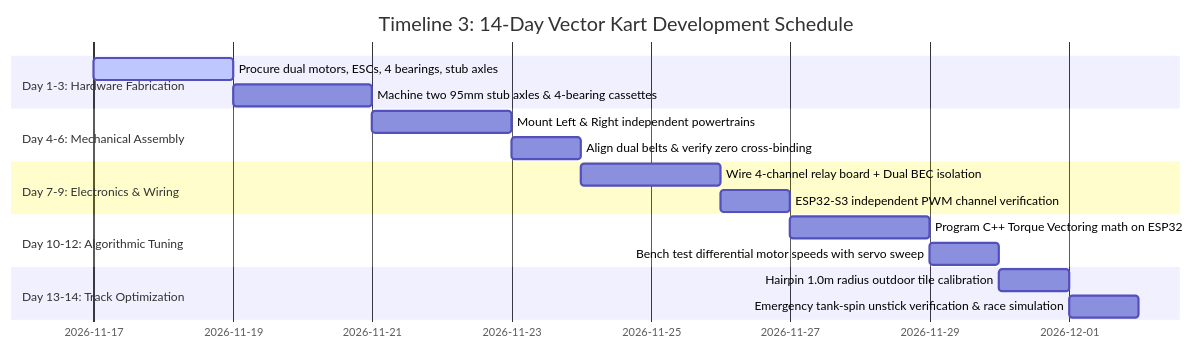
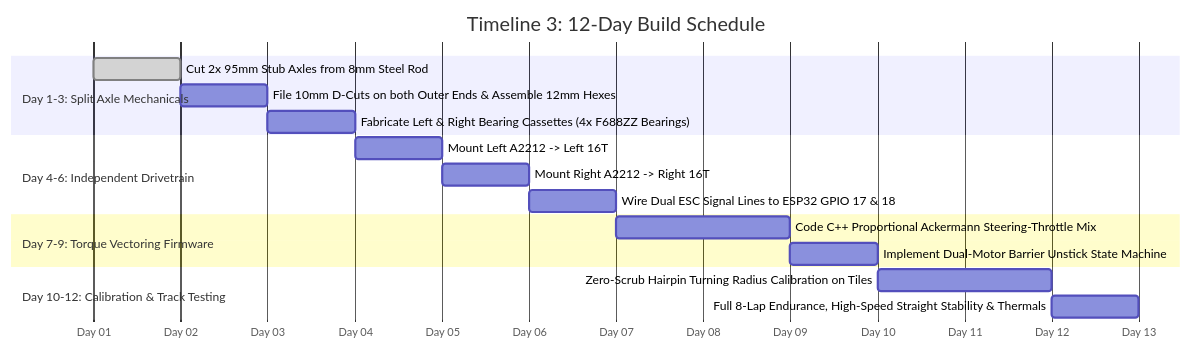
Before and after one commit to Biswa717-sudo/rc-race-kart-team-oorja: the diagram in docs/TIMELINE_3_VECTOR_KART.md, drawn with Mermaid. The commit also changed other lines of this file and 5 other files, not shown here.

Commit message:
feat: complete exhaustive engineering manuals for all 3 timelines, firmware vector controller, and updated README

````diff
--- a/docs/TIMELINE_3_VECTOR_KART.md
+++ b/docs/TIMELINE_3_VECTOR_KART.md
@@ -274,20 +49,20 @@
 ```mermaid
 gantt
-    title Timeline 3: 14-Day Vector Kart Development Schedule
-    dateFormat  YYYY-MM-DD
-    section Day 1-3: Hardware Fabrication
-    Procure dual motors, ESCs, 4 bearings, stub axles :active, t3_1, 2026-11-17, 2d
-    Machine two 95mm stub axles & 4-bearing cassettes :t3_2, after t3_1, 2d
-    section Day 4-6: Mechanical Assembly
-    Mount Left & Right independent powertrains :t3_3, after t3_2, 2d
-    Align dual belts & verify zero cross-binding :t3_4, after t3_3, 1d
-    section Day 7-9: Electronics & Wiring
-    Wire 4-channel relay board + Dual BEC isolation :t3_5, after t3_4, 2d
-    ESP32-S3 independent PWM channel verification :t3_6, after t3_5, 1d
-    section Day 10-12: Algorithmic Tuning
-    Program C++ Torque Vectoring math on ESP32 :t3_7, after t3_6, 2d
-    Bench test differential motor speeds with servo sweep :t3_8, after t3_7, 1d
-    section Day 13-14: Track Optimization
-    Hairpin 1.0m radius outdoor tile calibration :t3_9, after t3_8, 1d
-    Emergency tank-spin unstick verification & race simulation :t3_10, after t3_9, 1d
+    title Timeline 3: 12-Day Build Schedule
+    dateFormat  D
+    axisFormat Day %d
+    section Day 1-3: Split Axle Mechanicals
+    Cut 2x 95mm Stub Axles from 8mm Steel Rod :done, t3_1, 1, 1d
+    File 10mm D-Cuts on both Outer Ends & Assemble 12mm Hexes :t3_2, after t3_1, 1d
+    Fabricate Left & Right Bearing Cassettes (4x F688ZZ Bearings) :t3_3, after t3_2, 1d
+    section Day 4-6: Independent Drivetrain
+    Mount Left A2212 -> Left 16T:64T Belt -> Left Stub Axle :t3_4, after t3_3, 1d
+    Mount Right A2212 -> Right 16T:64T Belt -> Right Stub Axle :t3_5, after t3_4, 1d
+    Wire Dual ESC Signal Lines to ESP32 GPIO 17 & 18 :t3_6, after t3_5, 1d
+    section Day 7-9: Torque Vectoring Firmware
+    Code C++ Proportional Ackermann Steering-Throttle Mix :t3_7, after t3_6, 2d
+    Implement Dual-Motor Barrier Unstick State Machine :t3_8, after t3_7, 1d
+    section Day 10-12: Calibration & Track Testing
+    Zero-Scrub Hairpin Turning Radius Calibration on Tiles :t3_9, after t3_8, 2d
+    Full 8-Lap Endurance, High-Speed Straight Stability & Thermals :t3_10, after t3_9, 1d
 ```
````
